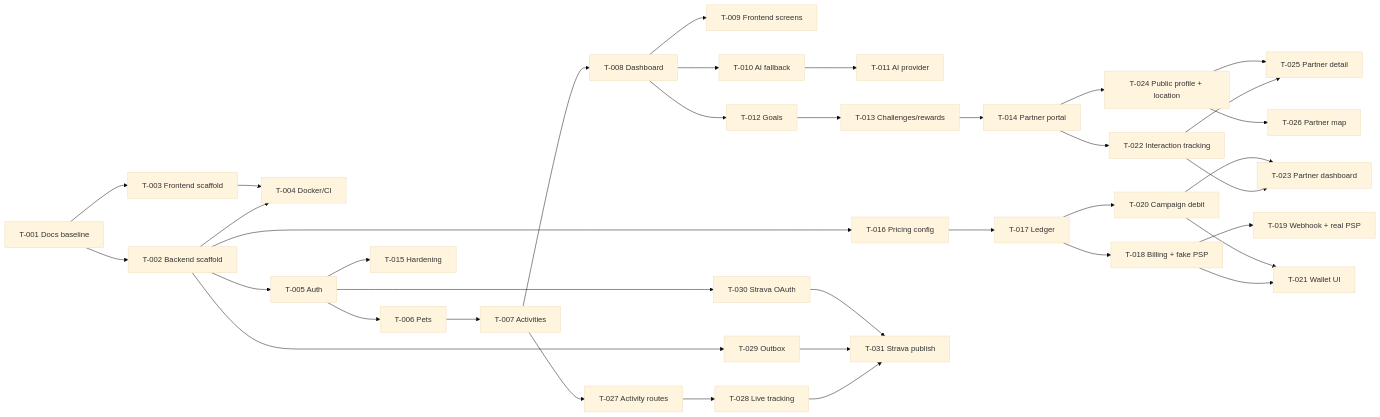
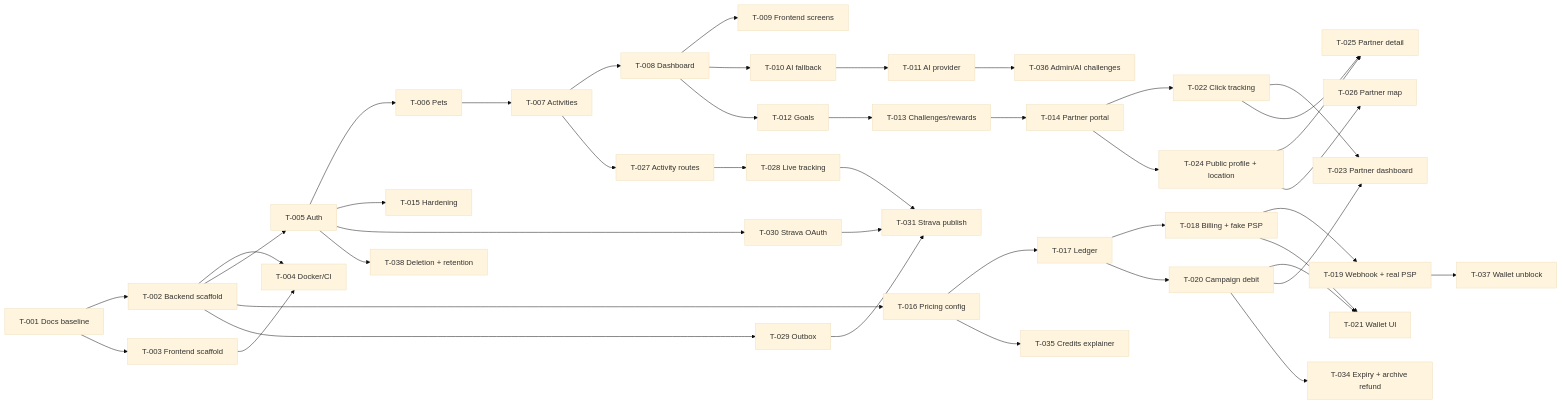
Before and after one commit to i3focus/paw-motion-ai: the diagram in docs/tasks/dependencies.md, drawn with Mermaid (base theme). The commit also changed 22 other files, not shown here.

Commit message:
Apply CR-2026-11 decisions: optimistic+pessimistic ledger locking, AbacatePay checkout, clicks-only analytics, GeoJSON routes, admin/AI challenges, retention

````diff
--- a/docs/tasks/dependencies.md
+++ b/docs/tasks/dependencies.md
@@ -3,39 +3,44 @@
 ```mermaid
 flowchart LR
     T001[T-001 Docs baseline] --> T002[T-002 Backend scaffold]
     T001 --> T003[T-003 Frontend scaffold]
     T002 --> T004[T-004 Docker/CI]
     T003 --> T004
     T002 --> T005[T-005 Auth]
     T005 --> T006[T-006 Pets]
     T006 --> T007[T-007 Activities]
     T007 --> T008[T-008 Dashboard]
     T008 --> T009[T-009 Frontend screens]
     T008 --> T010[T-010 AI fallback]
     T010 --> T011[T-011 AI provider]
     T008 --> T012[T-012 Goals]
     T012 --> T013[T-013 Challenges/rewards]
     T013 --> T014[T-014 Partner portal]
     T005 --> T015[T-015 Hardening]
     T002 --> T016[T-016 Pricing config]
     T016 --> T017[T-017 Ledger]
     T017 --> T018[T-018 Billing + fake PSP]
     T018 --> T019[T-019 Webhook + real PSP]
     T017 --> T020[T-020 Campaign debit]
     T018 --> T021[T-021 Wallet UI]
     T020 --> T021
-    T014 --> T022[T-022 Interaction tracking]
+    T014 --> T022[T-022 Click tracking]
     T022 --> T023[T-023 Partner dashboard]
     T020 --> T023
     T014 --> T024[T-024 Public profile + location]
     T022 --> T025[T-025 Partner detail]
     T024 --> T025
     T024 --> T026[T-026 Partner map]
     T007 --> T027[T-027 Activity routes]
     T027 --> T028[T-028 Live tracking]
     T002 --> T029[T-029 Outbox]
     T005 --> T030[T-030 Strava OAuth]
     T028 --> T031[T-031 Strava publish]
+    T020 --> T034[T-034 Expiry + archive refund]
+    T016 --> T035[T-035 Credits explainer]
+    T011 --> T036[T-036 Admin/AI challenges]
+    T019 --> T037[T-037 Wallet unblock]
+    T005 --> T038[T-038 Deletion + retention]
     T029 --> T031
     T030 --> T031
 ```
````
